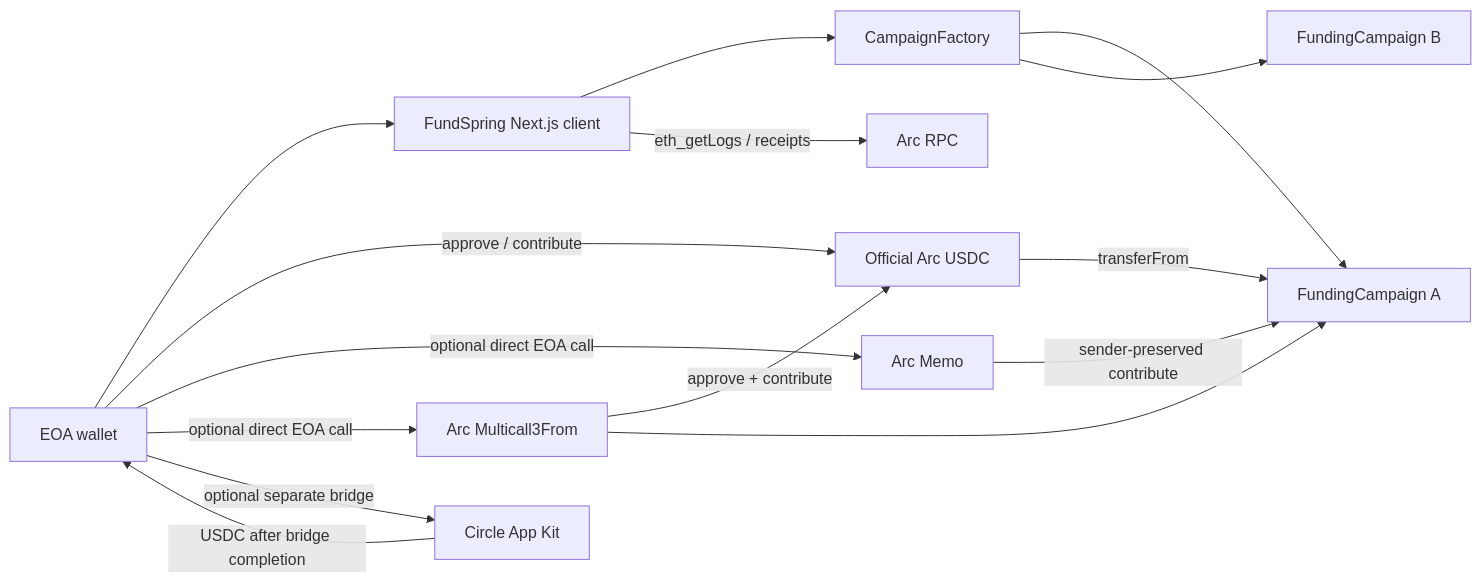
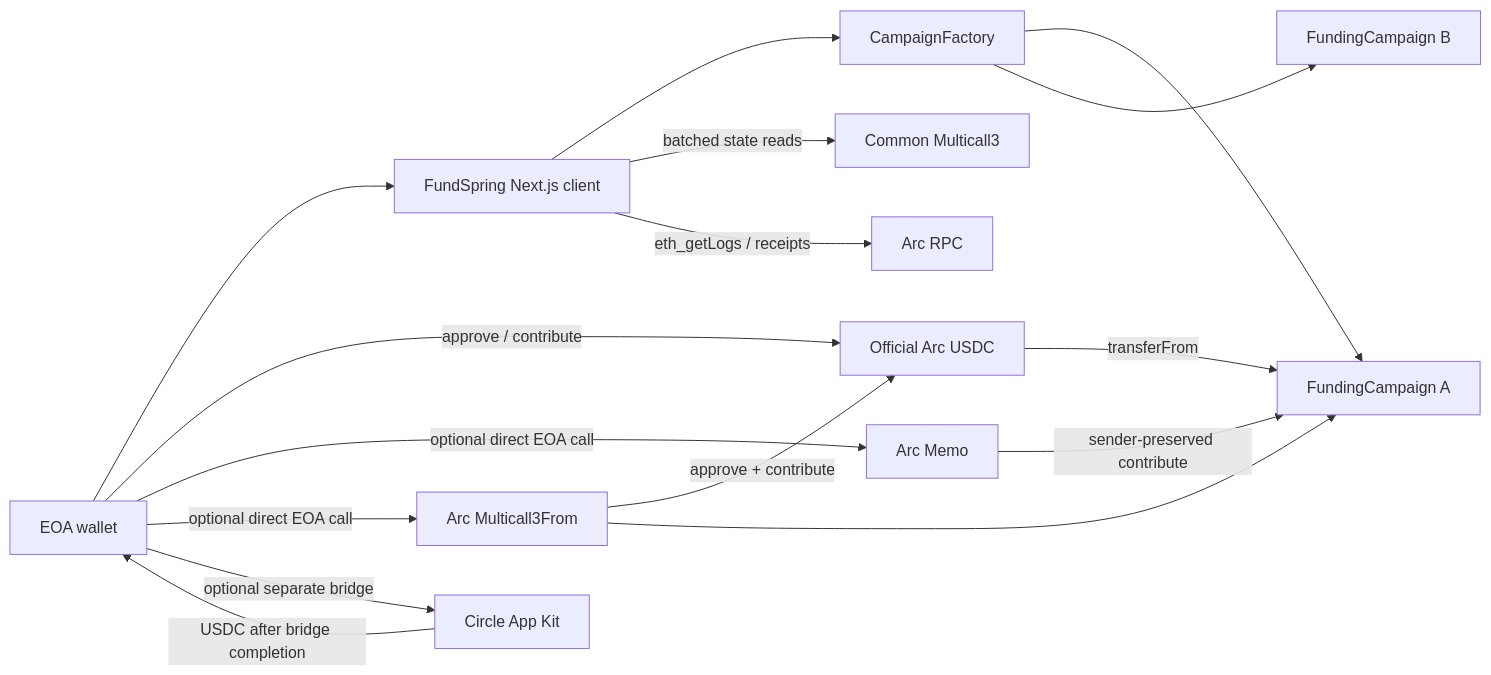
Before and after one commit to Bela1401/fundspring: the diagram in README.md, drawn with Mermaid. The commit also changed other lines of this file and 38 other files, not shown here.

````diff
--- a/README.md
+++ b/README.md
@@ -54,17 +57,18 @@
 ```mermaid
 flowchart LR
   U["EOA wallet"] --> UI["FundSpring Next.js client"]
   UI --> F["CampaignFactory"]
   F --> C1["FundingCampaign A"]
   F --> C2["FundingCampaign B"]
   U -->|"approve / contribute"| USDC["Official Arc USDC"]
   USDC -->|"transferFrom"| C1
   U -->|"optional direct EOA call"| MEMO["Arc Memo"]
   MEMO -->|"sender-preserved contribute"| C1
   U -->|"optional direct EOA call"| MULTI["Arc Multicall3From"]
   MULTI -->|"approve + contribute"| USDC
   MULTI --> C1
+  UI -->|"batched state reads"| READMULTI["Common Multicall3"]
   UI -->|"eth_getLogs / receipts"| RPC["Arc RPC"]
   U -->|"optional separate bridge"| APPKIT["Circle App Kit"]
   APPKIT -->|"USDC after bridge completion"| U
 ```
````
